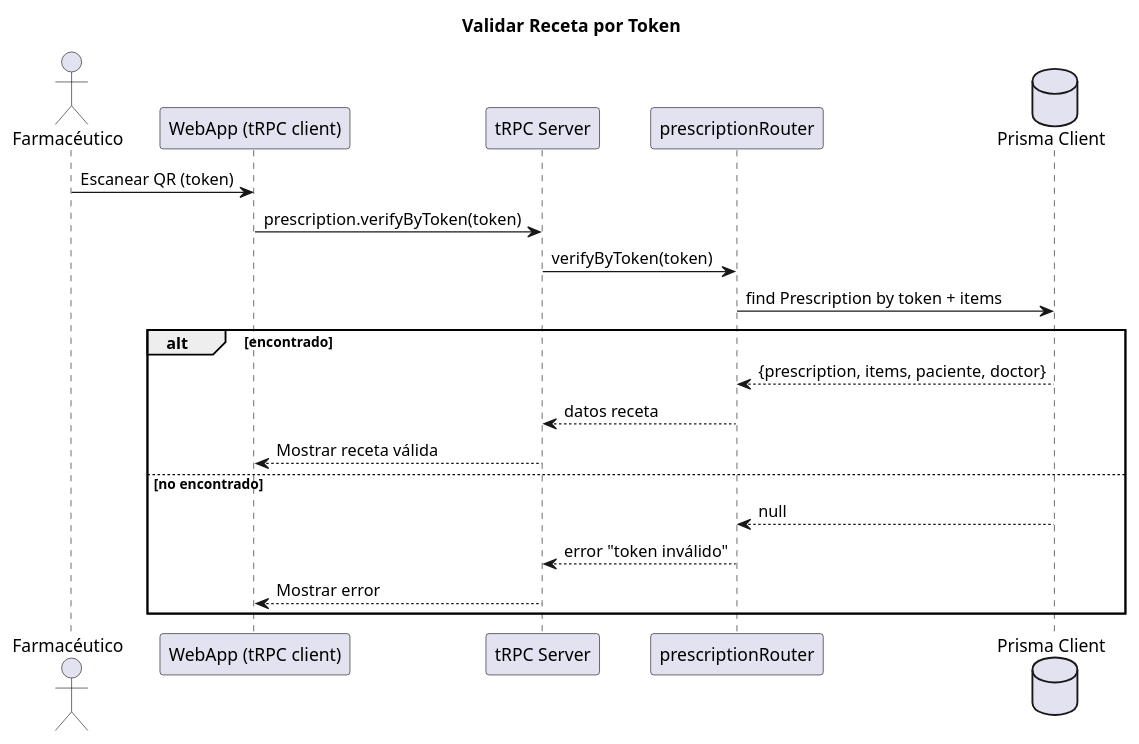
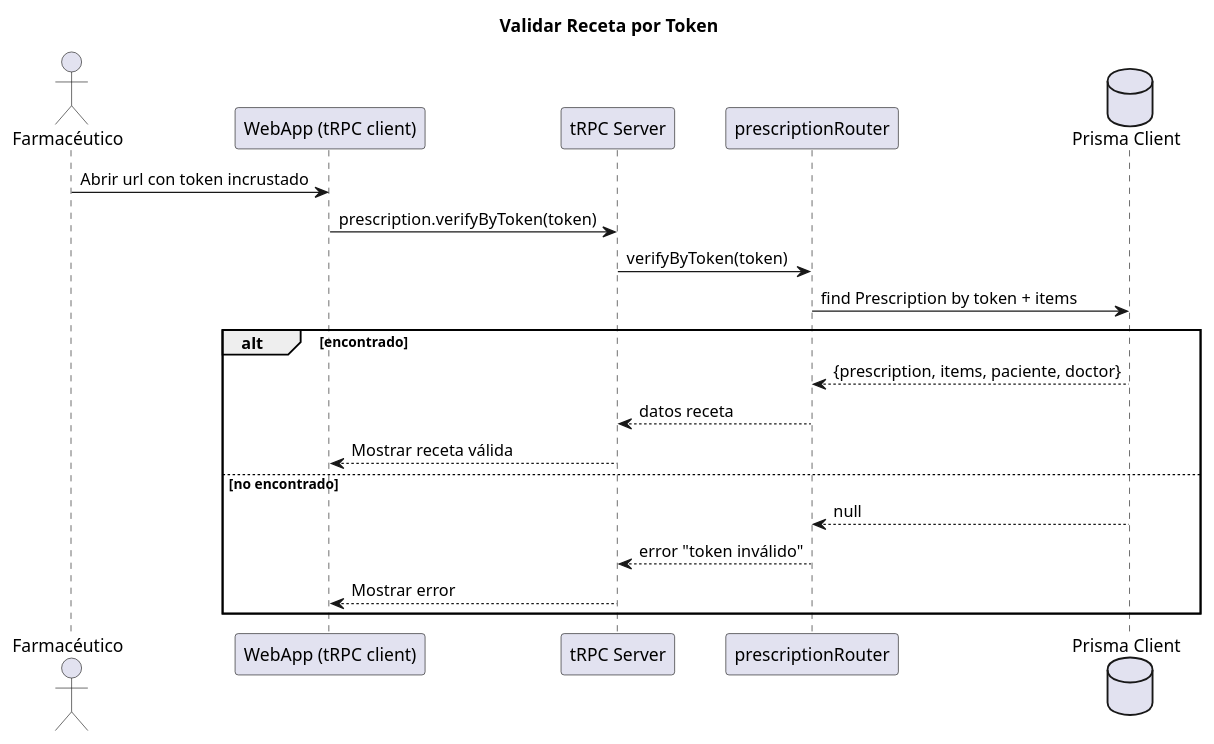
One commit to fredanup/prescripcion-medica changed the diagram in diagrams/sequence/sec-validar-receta.puml. Above: the diagram before and after it, drawn with PlantUML.

Commit message:
Se actualiza documentación

```diff
--- a/diagrams/sequence/sec-validar-receta.puml
+++ b/diagrams/sequence/sec-validar-receta.puml
@@ -1,23 +1,23 @@
 @startuml SD-Validar-Receta
 title Validar Receta por Token
 
 actor "Farmacéutico" as Pharm
 participant "WebApp (tRPC client)" as UI
 participant "tRPC Server" as TRPC
 participant "prescriptionRouter" as Pres
 database "Prisma Client" as DB
 
-Pharm -> UI : Escanear QR (token)
+Pharm -> UI : Abrir url con token incrustado
 UI -> TRPC : prescription.verifyByToken(token)
 TRPC -> Pres : verifyByToken(token)
 Pres -> DB : find Prescription by token + items
 alt encontrado
   DB --> Pres : {prescription, items, paciente, doctor}
   Pres --> TRPC : datos receta
   TRPC --> UI : Mostrar receta válida
 else no encontrado
   DB --> Pres : null
   Pres --> TRPC : error "token inválido"
   TRPC --> UI : Mostrar error
 end
 @enduml
```
